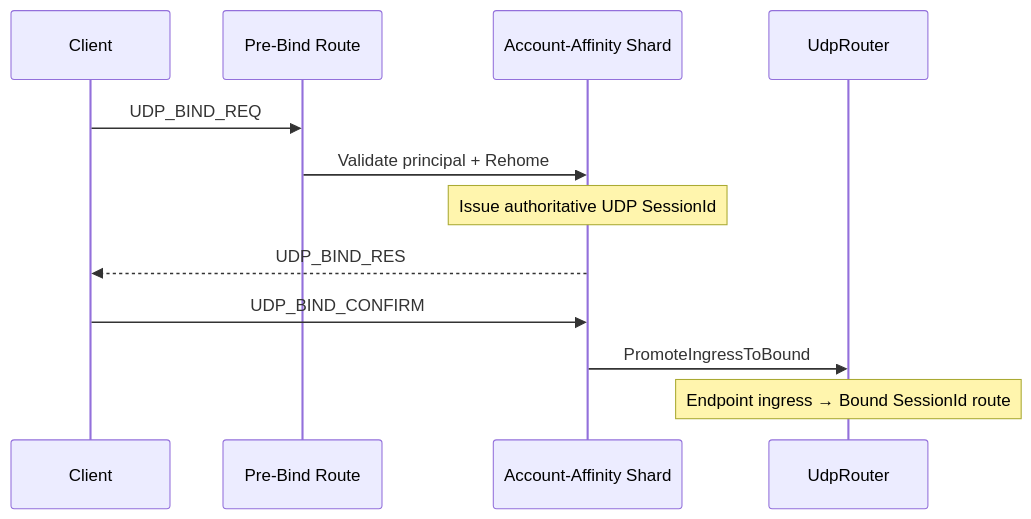
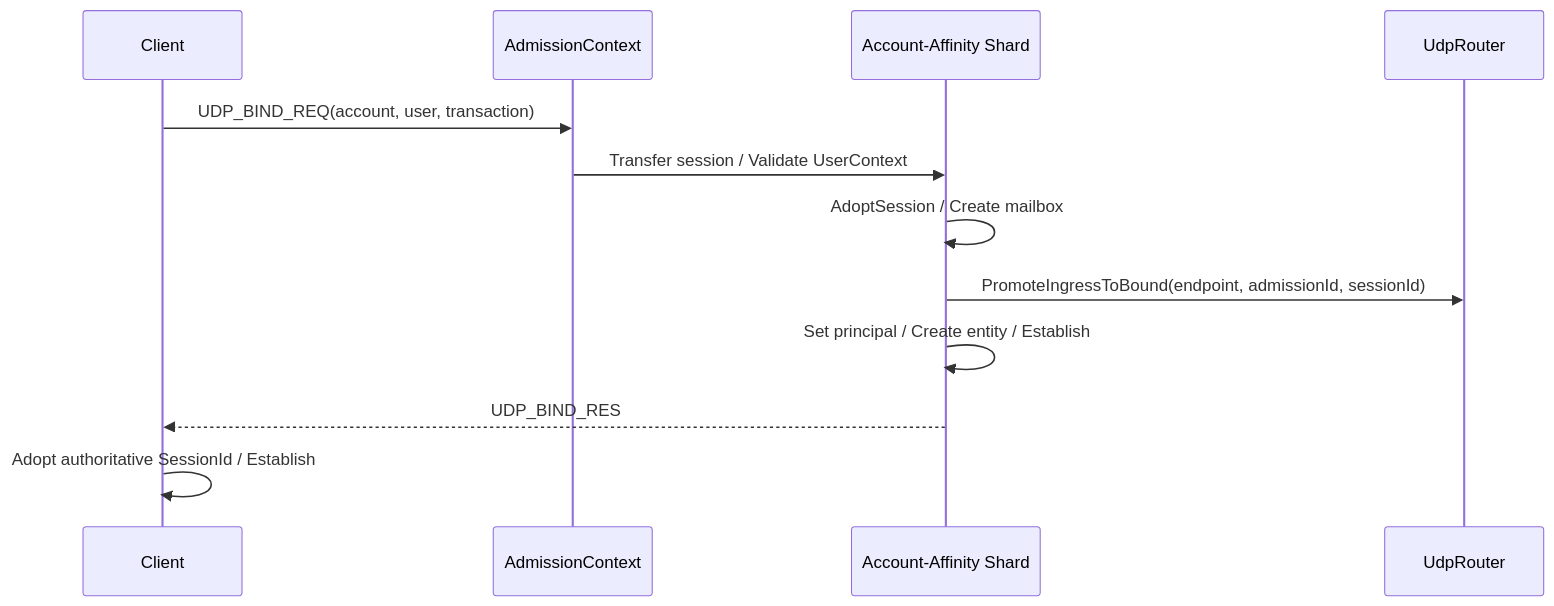
One commit to akxotjr/akxotjr.github.io changed the third of 3 diagrams in content/Projects/Jam/Networking/01. Connection and Session Lifecycle.md. Above: the diagram before and after it, drawn with Mermaid. The commit also changed other lines of this file and 34 other files, not shown here.

````diff
--- a/content/Projects/Jam/Networking/01. Connection and Session Lifecycle.md
+++ b/content/Projects/Jam/Networking/01. Connection and Session Lifecycle.md
@@ -108,15 +77,15 @@
 ```mermaid
 sequenceDiagram
-    participant C as Client
-    participant P as Pre-Bind Route
-    participant O as Account-Affinity Shard
-    participant R as UdpRouter
+    participant C as Client
+    participant A as AdmissionContext
+    participant O as Account-Affinity Shard
+    participant R as UdpRouter
 
-    C->>P: UDP_BIND_REQ
-    P->>O: Validate principal + Rehome
-    Note over O: Issue authoritative UDP SessionId
-    O-->>C: UDP_BIND_RES
-    C->>O: UDP_BIND_CONFIRM
-    O->>R: PromoteIngressToBound
-    Note over R: Endpoint ingress → Bound SessionId route
+    C->>A: UDP_BIND_REQ(account, user, transaction)
+    A->>O: Transfer session / Validate UserContext
+    O->>O: AdoptSession / Create mailbox
+    O->>R: PromoteIngressToBound(endpoint, admissionId, sessionId)
+    O->>O: Set principal / Create entity / Establish
+    O-->>C: UDP_BIND_RES
+    C->>C: Adopt authoritative SessionId / Establish
 ```
````
